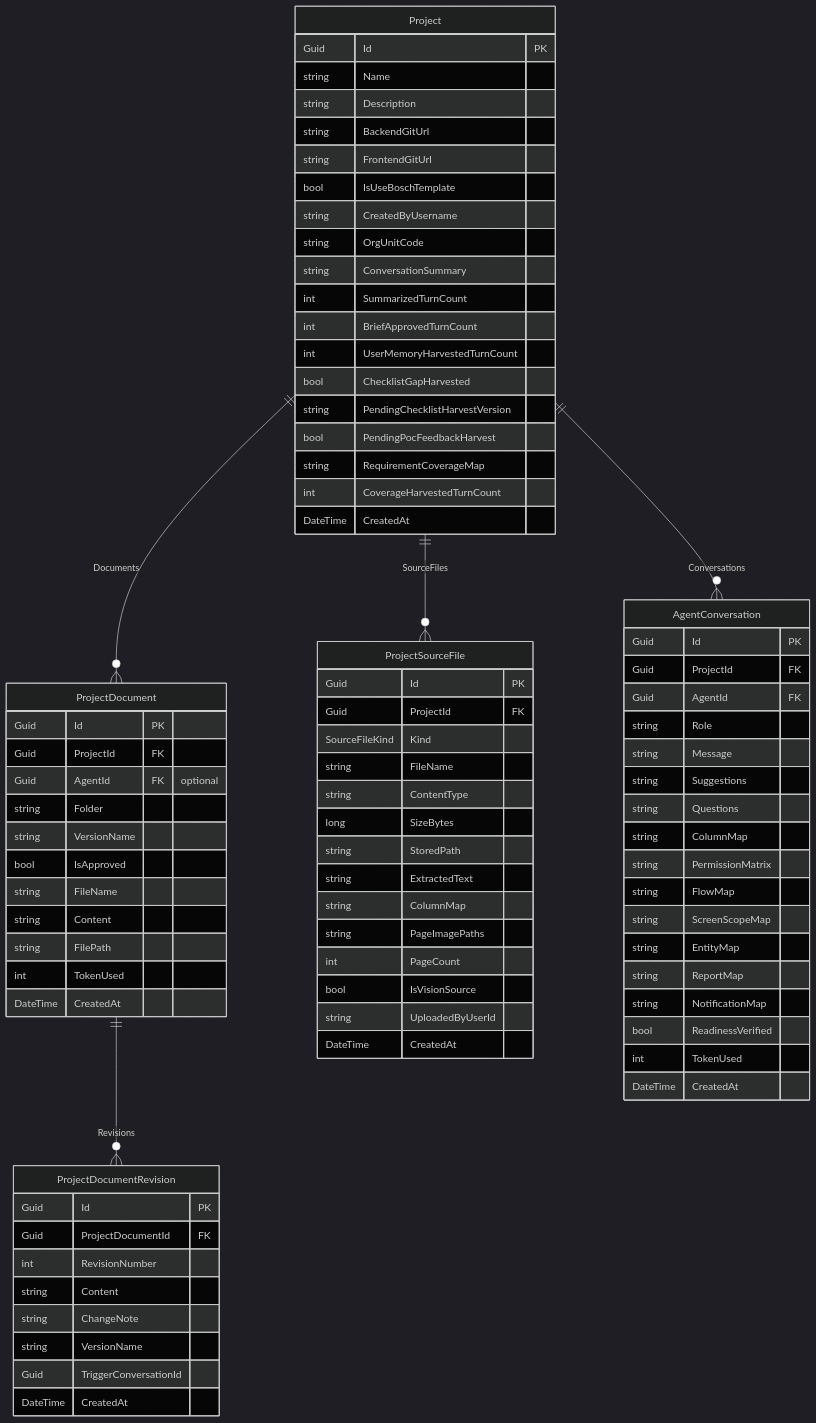
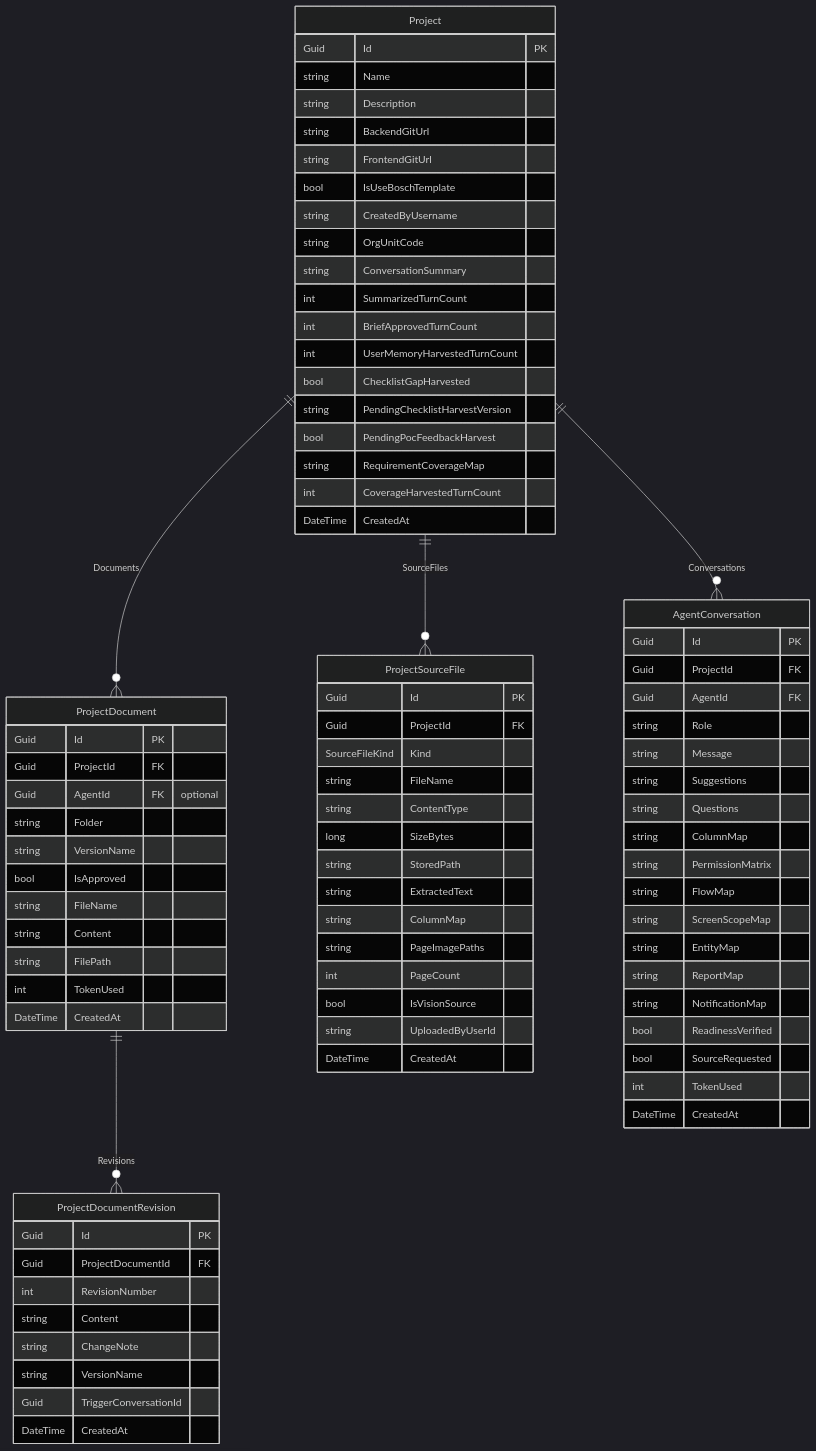
One commit to Songlong0506/ICOGenerator-v4 changed the second of 9 diagrams in docs/data-model.md. Above: the diagram before and after it, drawn with Mermaid (dark theme). The commit also changed other lines of this file and 6 other files, not shown here.

```diff
--- a/docs/data-model.md
+++ b/docs/data-model.md
@@ -172,6 +172,7 @@
         string ReportMap
         string NotificationMap
         bool ReadinessVerified
+        bool SourceRequested
         int TokenUsed
         DateTime CreatedAt
     }
```
